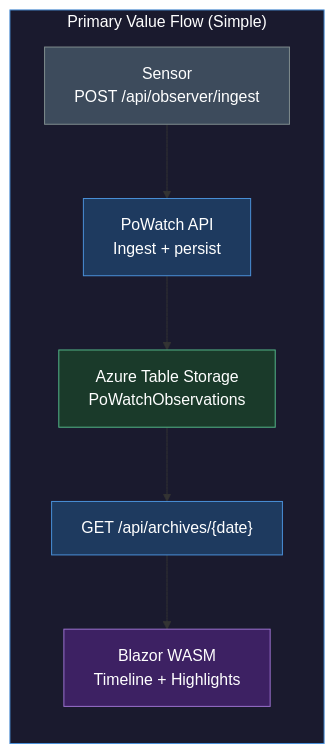
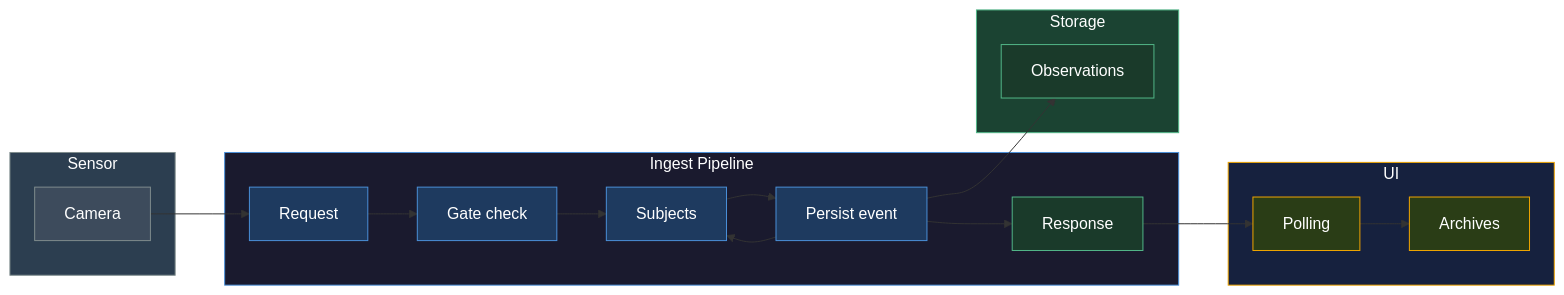
The diagram in docs/PrimaryValueFlow_SIMPLE.mmd (punkouter26/PoWatch), drawn with Mermaid before and after one commit. The commit also changed 90 other files, not shown here.

```diff
--- a/docs/PrimaryValueFlow_SIMPLE.mmd
+++ b/docs/PrimaryValueFlow_SIMPLE.mmd
@@ -1,17 +1,42 @@
 flowchart LR
-    subgraph Flow["Primary Value Flow (Simple)"]
-        SENSOR["Sensor\nPOST /api/observer/ingest"]
-        API["PoWatch API\nIngest + persist"]
-        STORAGE["Azure Table Storage\nPoWatchObservations"]
-        ARCHIVES["GET /api/archives/{date}"]
-        UI["Blazor WASM\nTimeline + Highlights"]
+    subgraph Sensor["Sensor"]
+        CAM["Camera"]
     end
 
-    SENSOR --> API --> STORAGE --> ARCHIVES --> UI
+    subgraph Ingest["Ingest Pipeline"]
+        REQ["Request"]
+        GATE["Gate check"]
+        SUBJ["Subject resolve"]
+        PERSIST["Persist event"]
+        RESP["Response"]
+    end
 
-    style Flow fill:#1a1a2e,stroke:#4a90d9,color:#fff
-    style SENSOR fill:#3d4b5c,stroke:#7f8c8d,color:#fff
-    style API fill:#1e3a5f,stroke:#4a90d9,color:#fff
-    style STORAGE fill:#1a3a2a,stroke:#52b788,color:#fff
-    style ARCHIVES fill:#1e3a5f,stroke:#4a90d9,color:#fff
-    style UI fill:#3d2163,stroke:#9b72cf,color:#fff
+    subgraph Storage["Storage"]
+        OBS["Observations"]
+        SUBJ["Subjects"]
+    end
+
+    subgraph UI["UI"]
+        POLL["Polling"]
+        ARCHIVES["Archives"]
+    end
+
+    CAM --> REQ --> GATE --> SUBJ --> PERSIST --> RESP
+    PERSIST --> OBS
+    PERSIST --> SUBJ
+    RESP --> POLL --> ARCHIVES
+
+    style Sensor fill:#2c3e50,stroke:#7f8c8d,color:#fff
+    style Ingest fill:#1a1a2e,stroke:#4a90d9,color:#fff
+    style Storage fill:#1b4332,stroke:#52b788,color:#fff
+    style UI fill:#16213e,stroke:#f0a500,color:#fff
+
+    style CAM fill:#3d4b5c,stroke:#7f8c8d,color:#fff
+    style REQ fill:#1e3a5f,stroke:#4a90d9,color:#fff
+    style GATE fill:#1e3a5f,stroke:#4a90d9,color:#fff
+    style SUBJ fill:#1e3a5f,stroke:#4a90d9,color:#fff
+    style PERSIST fill:#1e3a5f,stroke:#4a90d9,color:#fff
+    style RESP fill:#1a3a2a,stroke:#52b788,color:#fff
+    style OBS fill:#1a3a2a,stroke:#52b788,color:#fff
+    style POLL fill:#2a3d16,stroke:#f0a500,color:#fff
+    style ARCHIVES fill:#2a3d16,stroke:#f0a500,color:#fff
```
